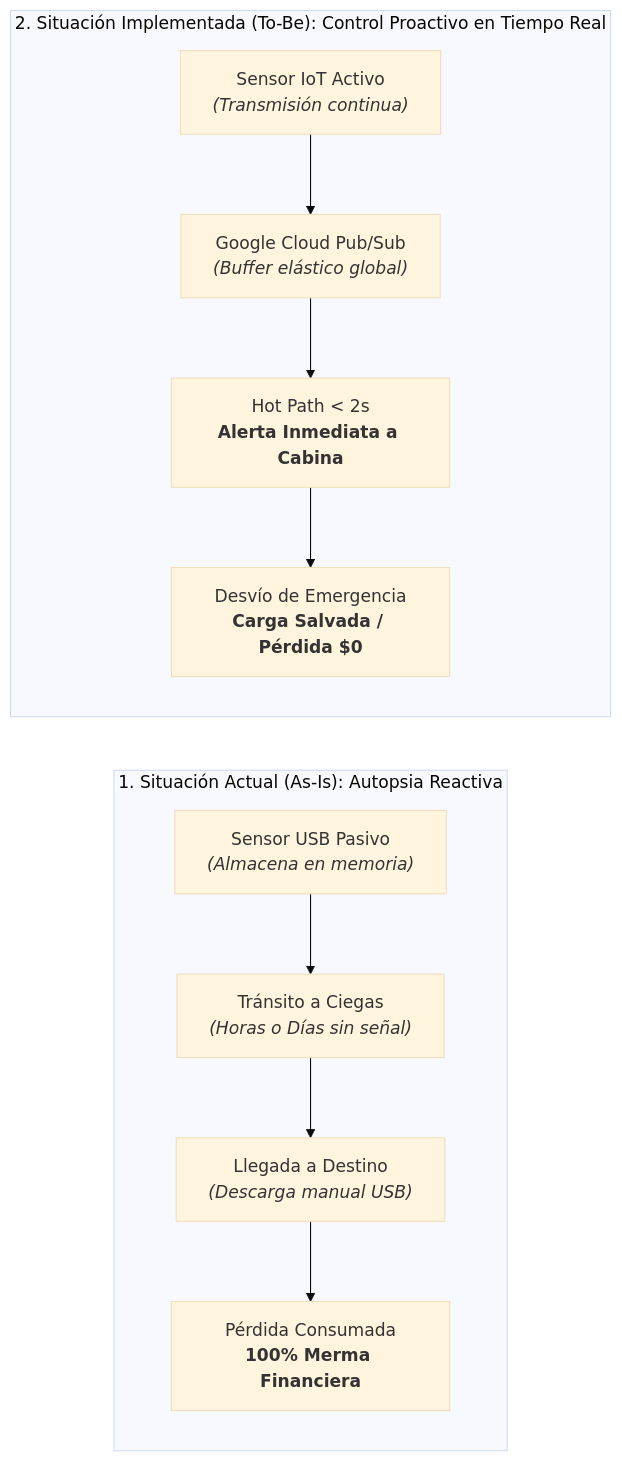
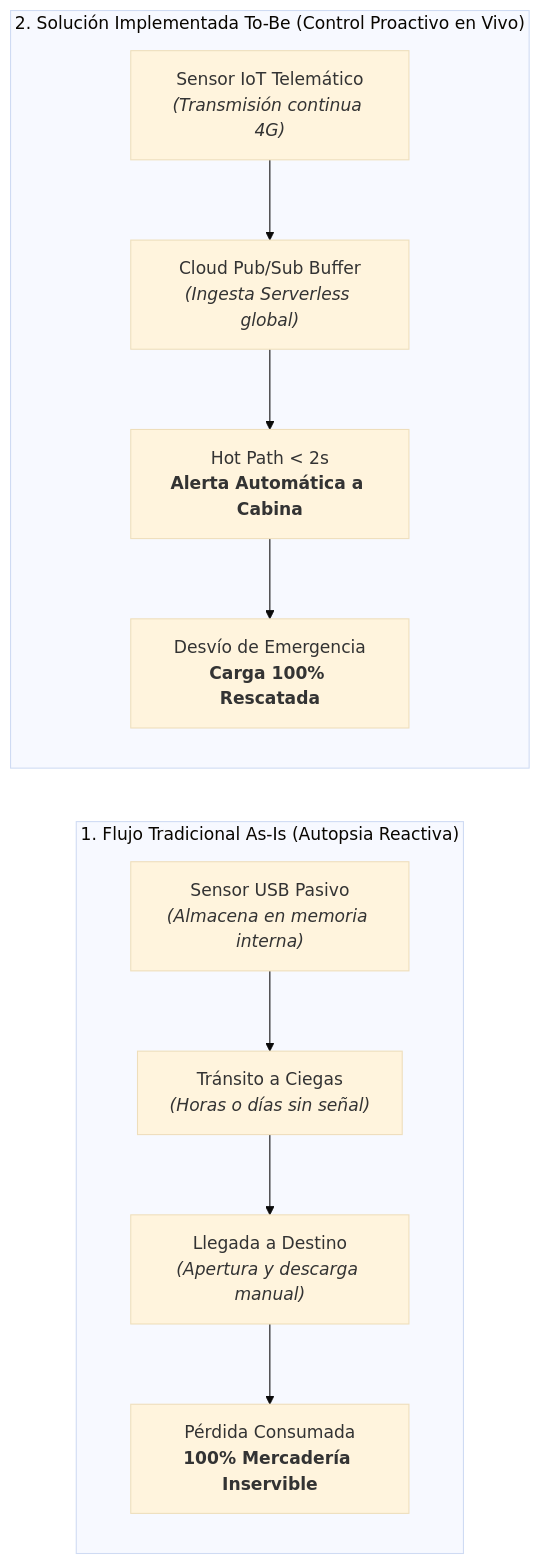
The first of 5 diagrams in informe/SLIDES_SUSTENTACION.md (gsoto1872-blip/iot-coldchain), drawn with Mermaid (base theme) before and after one commit. The commit also changed other lines of this file, not shown here.

Commit message:
docs(slides): expand SLIDES_SUSTENTACION.md with comprehensive slide-by-slide pedagogical guides, deep architectural breakdowns, and complete jury defense scripts

````diff
--- a/informe/SLIDES_SUSTENTACION.md
+++ b/informe/SLIDES_SUSTENTACION.md
@@ -86,14 +161,16 @@
 ```mermaid
 flowchart LR
-    subgraph AsIs["1. Situación Actual (As-Is): Autopsia Reactiva"]
-        A1["Sensor USB Pasivo<br/><i>(Almacena en memoria)</i>"] --> A2["Tránsito a Ciegas<br/><i>(Horas o Días sin señal)</i>"]
-        A2 --> A3["Llegada a Destino<br/><i>(Descarga manual USB)</i>"]
-        A3 --> A4["Pérdida Consumada<br/><b>100% Merma Financiera</b>"]
+    subgraph AsIs["1. Flujo Tradicional As-Is (Autopsia Reactiva)"]
+        direction TB
+        A1["Sensor USB Pasivo<br/><i>(Almacena en memoria interna)</i>"] --> A2["Tránsito a Ciegas<br/><i>(Horas o días sin señal)</i>"]
+        A2 --> A3["Llegada a Destino<br/><i>(Apertura y descarga manual)</i>"]
+        A3 --> A4["Pérdida Consumada<br/><b>100% Mercadería Inservible</b>"]
     end
 
-    subgraph ToBe["2. Situación Implementada (To-Be): Control Proactivo en Tiempo Real"]
-        B1["Sensor IoT Activo<br/><i>(Transmisión continua)</i>"] --> B2["Google Cloud Pub/Sub<br/><i>(Buffer elástico global)</i>"]
-        B2 --> B3["Hot Path &lt; 2s<br/><b>Alerta Inmediata a Cabina</b>"]
-        B3 --> B4["Desvío de Emergencia<br/><b>Carga Salvada / Pérdida $0</b>"]
+    subgraph ToBe["2. Solución Implementada To-Be (Control Proactivo en Vivo)"]
+        direction TB
+        B1["Sensor IoT Telemático<br/><i>(Transmisión continua 4G)</i>"] --> B2["Cloud Pub/Sub Buffer<br/><i>(Ingesta Serverless global)</i>"]
+        B2 --> B3["Hot Path &lt; 2s<br/><b>Alerta Automática a Cabina</b>"]
+        B3 --> B4["Desvío de Emergencia<br/><b>Carga 100% Rescatada</b>"]
     end
 ```
````
